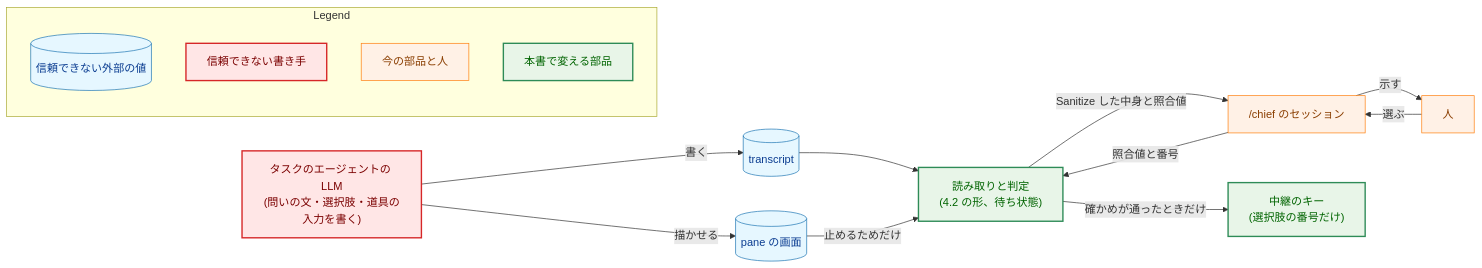
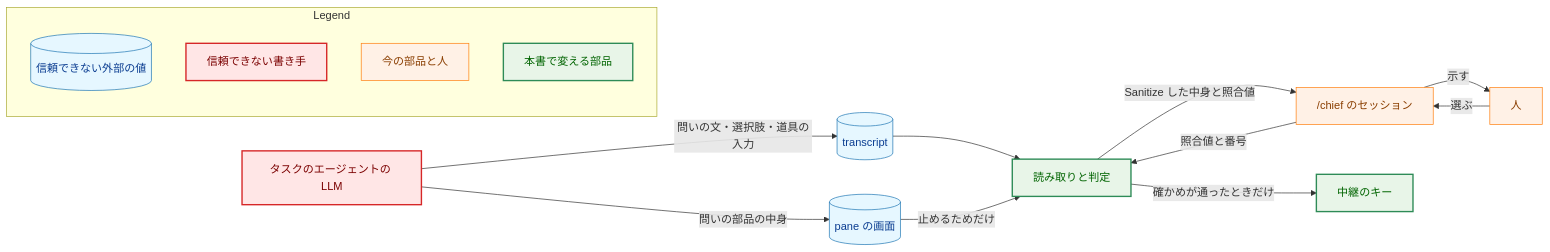
The fifth of 7 diagrams in docs/tasks/0096_chief_question_transcript/02_architecture.md (isseis/yt2column), drawn with Mermaid before and after one commit. The commit also changed other lines of this file, not shown here.

First line of the commit message:
docs(0096): address the architecture review and Japanese prose findings

````diff
--- a/docs/tasks/0096_chief_question_transcript/02_architecture.md
+++ b/docs/tasks/0096_chief_question_transcript/02_architecture.md
@@ -569,41 +659,41 @@
 ```mermaid
 flowchart LR
     classDef data fill:#e6f7ff,stroke:#1f77b4,stroke-width:1px,color:#0b3d91;
     classDef process fill:#fff1e6,stroke:#ff7f0e,stroke-width:1px,color:#8a3e00;
     classDef enhanced fill:#e8f5e8,stroke:#2e8b57,stroke-width:2px,color:#006400;
     classDef problem fill:#ffe6e6,stroke:#d62728,stroke-width:2px,color:#7b0000;
 
-    LLM["タスクのエージェントの LLM<br>(問いの文・選択肢・道具の入力を書く)"]
+    LLM["タスクのエージェントの LLM"]
     TR[("transcript")]
     SC[("pane の画面")]
-    RD["読み取りと判定<br>(4.2 の形、待ち状態)"]
+    RD["読み取りと判定"]
     SESS["/chief のセッション"]
     HUMAN["人"]
-    KEY["中継のキー<br>(選択肢の番号だけ)"]
+    KEY["中継のキー"]
 
-    LLM -->|"書く"| TR
-    LLM -->|"描かせる"| SC
+    LLM -->|"問いの文・選択肢・道具の入力"| TR
+    LLM -->|"問いの部品の中身"| SC
     TR --> RD
     SC -->|"止めるためだけ"| RD
     RD -->|"Sanitize した中身と照合値"| SESS
     SESS -->|"示す"| HUMAN
     HUMAN -->|"選ぶ"| SESS
     SESS -->|"照合値と番号"| RD
     RD -->|"確かめが通ったときだけ"| KEY
 
     class TR,SC data
     class LLM problem
     class SESS,HUMAN process
     class RD,KEY enhanced
 
     subgraph Legend["Legend"]
         L1[("信頼できない外部の値")]
         L2["信頼できない書き手"]
         L3["今の部品と人"]
         L4["本書で変える部品"]
     end
     class L1 data
     class L2 problem
     class L3 process
     class L4 enhanced
 ```
````
